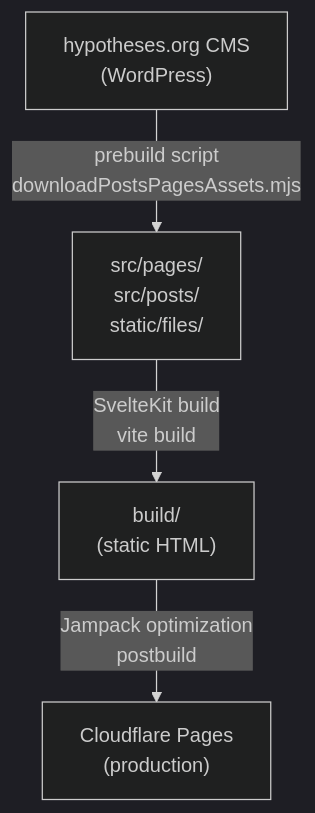
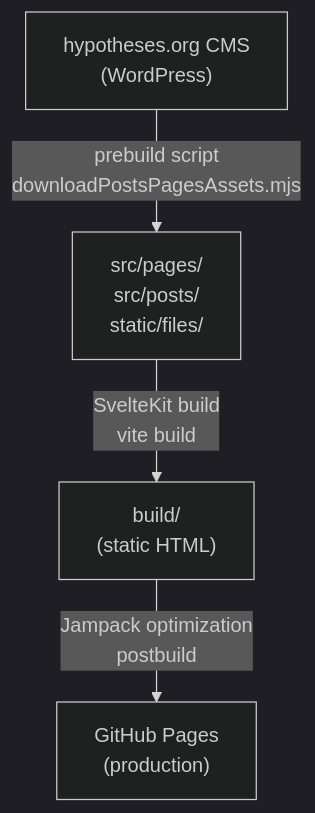
One commit to Stadt-Geschichte-Basel/stadtgeschichtebasel.ch changed the first of 2 diagrams in docs/ARCHITECTURE.md. Above: the diagram before and after it, drawn with Mermaid (dark theme). The commit also changed other lines of this file and 12 other files, not shown here.

First line of the commit message:
feat: deploy to GitHub Pages instead of Cloudflare Pages (#222) (#230)

````diff
--- a/docs/ARCHITECTURE.md
+++ b/docs/ARCHITECTURE.md
@@ -240,6 +240,6 @@
 ```mermaid
 flowchart TD
     A["hypotheses.org CMS<br/>(WordPress)"] -->|prebuild script<br/>downloadPostsPagesAssets.mjs| B["src/pages/<br/>src/posts/<br/>static/files/"]
     B -->|SvelteKit build<br/>vite build| C["build/<br/>(static HTML)"]
-    C -->|Jampack optimization<br/>postbuild| D["Cloudflare Pages<br/>(production)"]
+    C -->|Jampack optimization<br/>postbuild| D["GitHub Pages<br/>(production)"]
 ```
````
